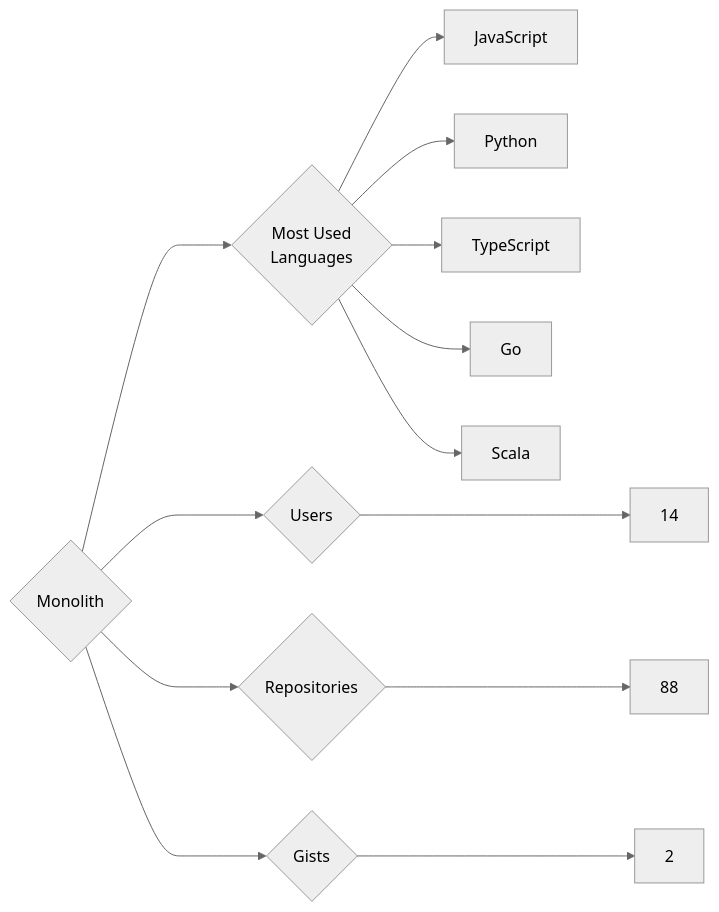
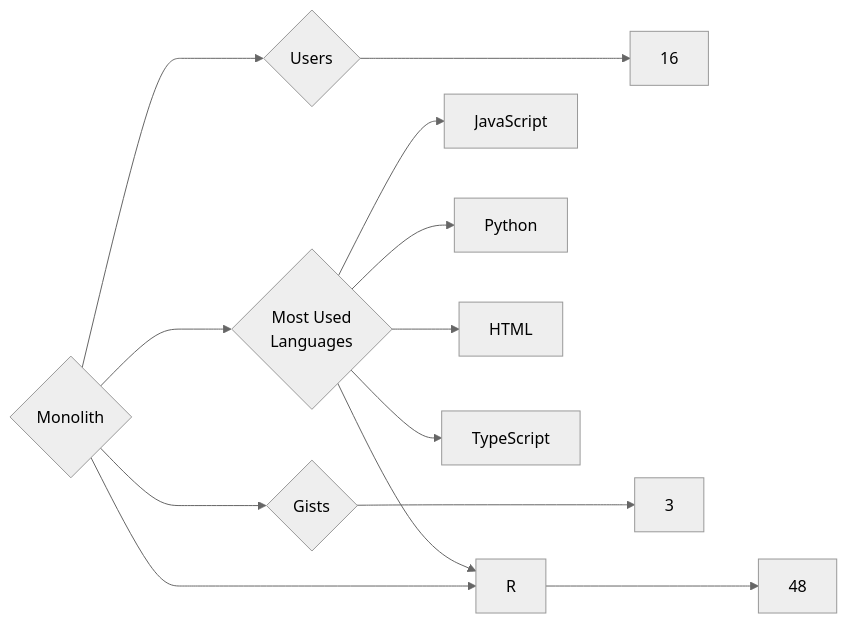
One commit to trickest/insiders changed the diagram in targets/Monolith/README.md. Above: the diagram before and after it, drawn with Mermaid (neutral theme). The commit also changed 898 other files, not shown here.

````diff
--- a/targets/Monolith/README.md
+++ b/targets/Monolith/README.md
@@ -3,13 +3,13 @@
 ```mermaid
 graph LR
 COMPANY_NAME{Monolith}
-COMPANY_NAME ---> U{Users} ---> UN[14]
-COMPANY_NAME ---> R{Repositories} ---> RN[88]
-COMPANY_NAME ---> G{Gists} ---> GN[2]
+COMPANY_NAME ---> U{Users} ---> UN[16]
+COMPANY_NAME ---> R{Repositories} ---> RN[48]
+COMPANY_NAME ---> G{Gists} ---> GN[3]
 COMPANY_NAME ---> ML{Most Used<br>Languages}
 ML --> JavaScript[JavaScript]
 ML --> Python[Python]
+ML --> HTML[HTML]
 ML --> TypeScript[TypeScript]
-ML --> Go[Go]
-ML --> Scala[Scala]
+ML --> R[R]
 ```
````
